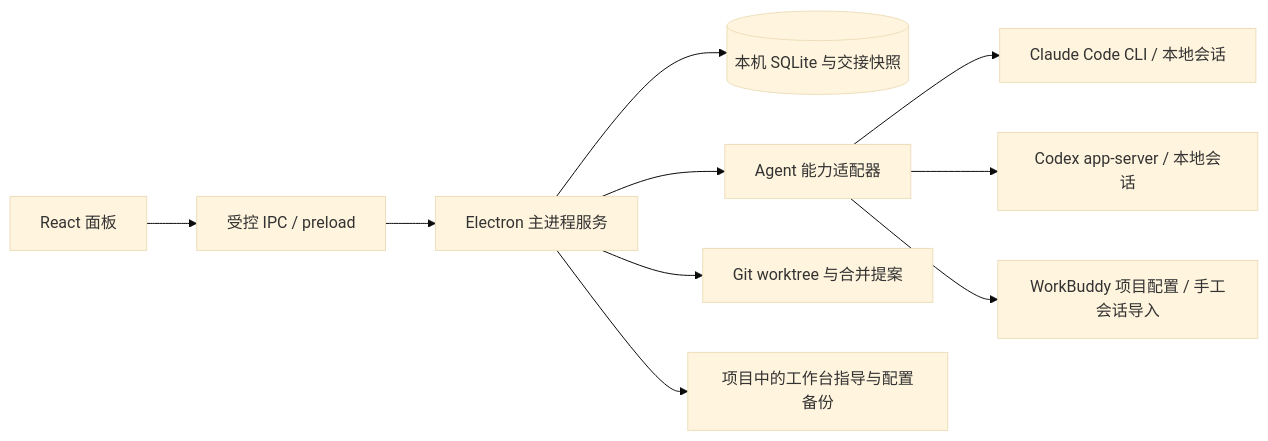
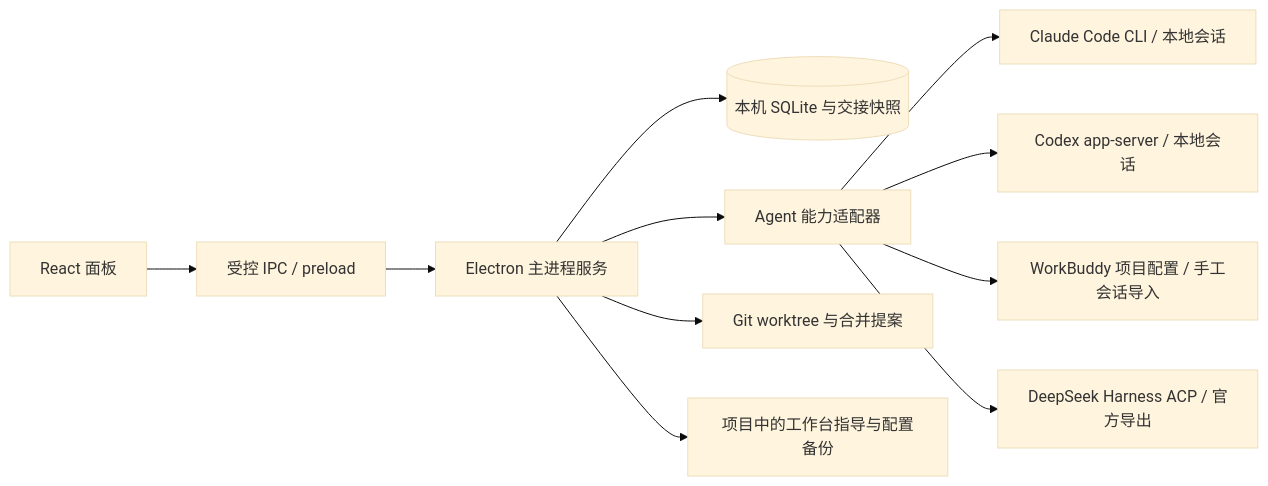
One commit to legend91019/agent-home changed the diagram in README.md. Above: the diagram before and after it, drawn with Mermaid (base theme). The commit also changed other lines of this file and 1 other file, not shown here.

Commit message:
docs: explain DeepSeek Harness integration

````diff
--- a/README.md
+++ b/README.md
@@ -94,12 +107,13 @@
 ```mermaid
 flowchart LR
     UI[React 面板] --> IPC[受控 IPC / preload]
     IPC --> CORE[Electron 主进程服务]
     CORE --> DB[(本机 SQLite 与交接快照)]
     CORE --> ADAPTER[Agent 能力适配器]
     CORE --> GIT[Git worktree 与合并提案]
     ADAPTER --> CLAUDE[Claude Code CLI / 本地会话]
     ADAPTER --> CODEX[Codex app-server / 本地会话]
     ADAPTER --> WORKBUDDY[WorkBuddy 项目配置 / 手工会话导入]
+    ADAPTER --> DSH[DeepSeek Harness ACP / 官方导出]
     CORE --> PROJECT[项目中的工作台指导与配置备份]
 ```
````
